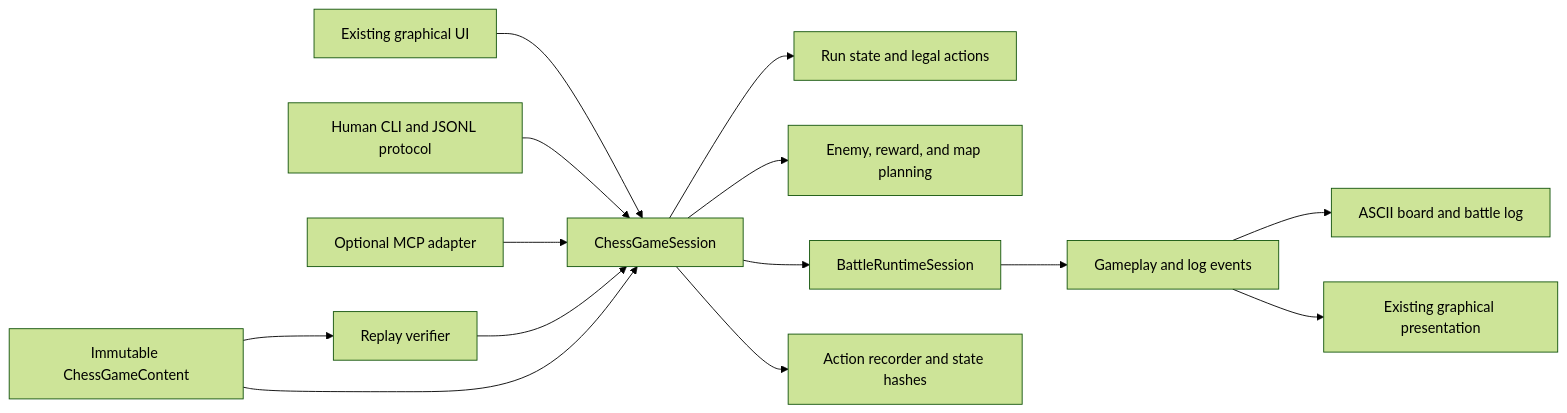
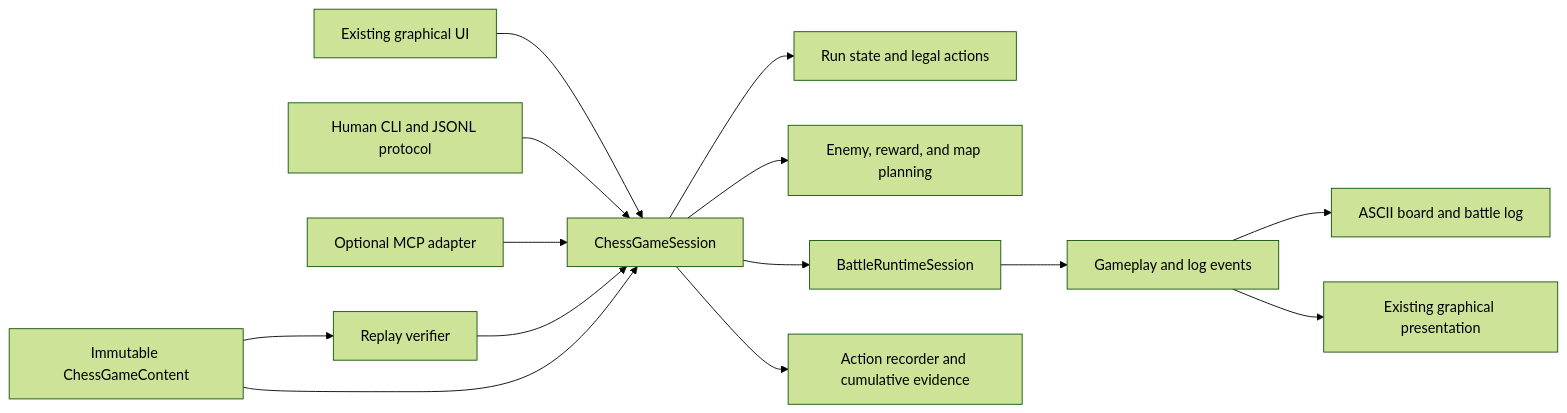
One commit to scarsty/kys-cpp changed the diagram in docs/superpowers/specs/2026-07-11-headless-auto-chess-replay-design.md. Above: the diagram before and after it, drawn with Mermaid (forest theme). The commit also changed other lines of this file and 54 other files, not shown here.

````diff
--- a/docs/superpowers/specs/2026-07-11-headless-auto-chess-replay-design.md
+++ b/docs/superpowers/specs/2026-07-11-headless-auto-chess-replay-design.md
@@ -62,18 +62,18 @@
 ```mermaid
 flowchart LR
     GUI["Existing graphical UI"] --> Session["ChessGameSession"]
     CLI["Human CLI and JSONL protocol"] --> Session
     MCP["Optional MCP adapter"] --> Session
     Verify["Replay verifier"] --> Session
     Content["Immutable ChessGameContent"] --> Session
     Content --> Verify
 
     Session --> State["Run state and legal actions"]
     Session --> Planner["Enemy, reward, and map planning"]
     Session --> Battle["BattleRuntimeSession"]
-    Session --> Replay["Action recorder and state hashes"]
+    Session --> Replay["Action recorder and cumulative evidence"]
 
     Battle --> Events["Gameplay and log events"]
     Events --> Text["ASCII board and battle log"]
     Events --> Render["Existing graphical presentation"]
 ```
````
